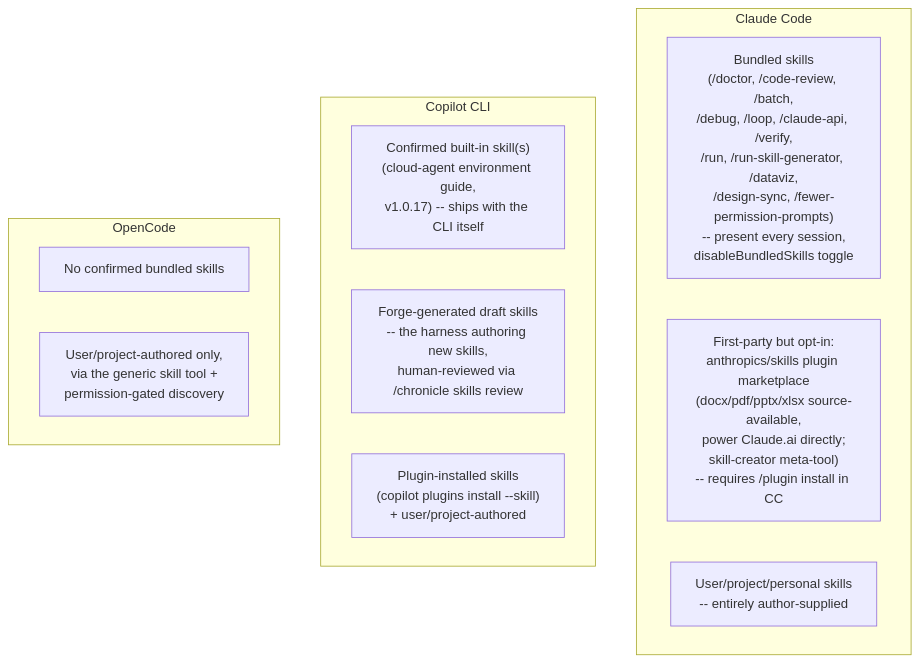
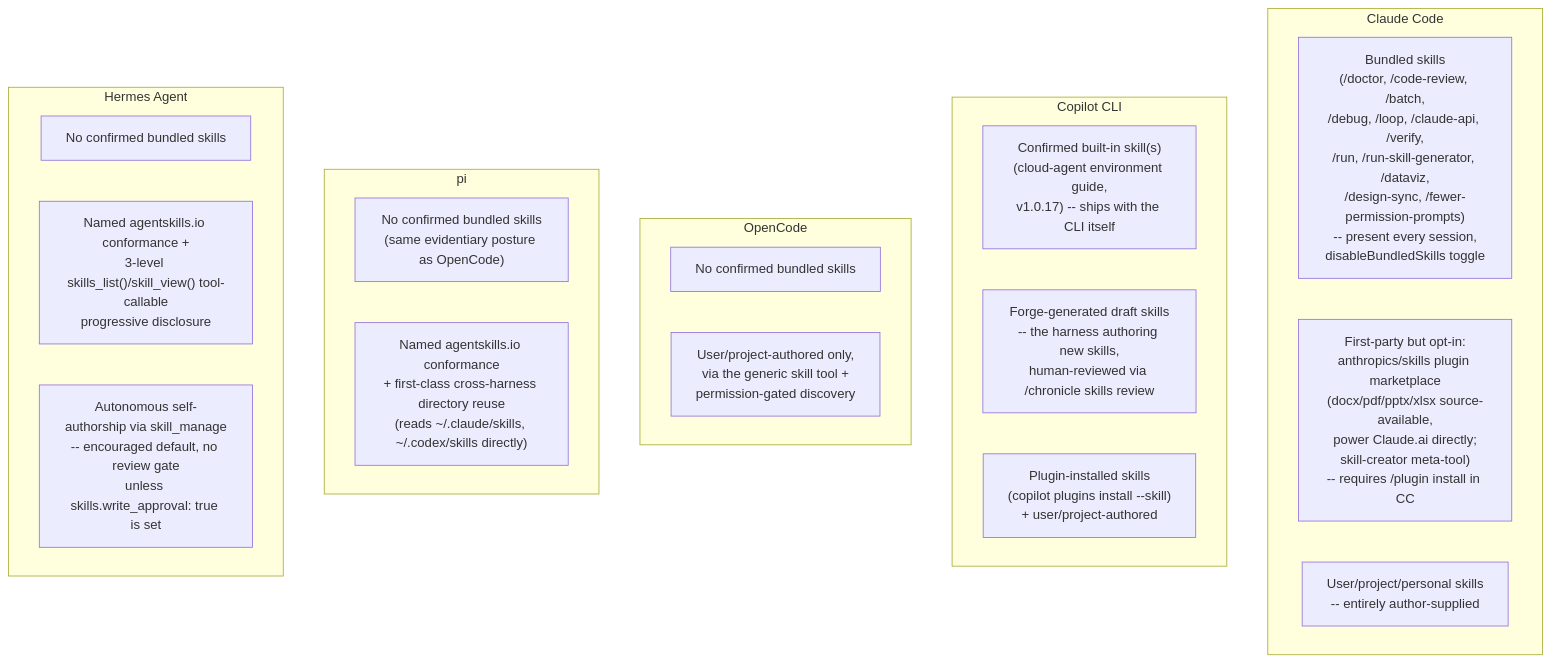
The third of 3 diagrams in references/harnesses/built-in-skills.md (sfernandezplain/AIrchon), drawn with Mermaid before and after one commit. The commit also changed other lines of this file and 8 other files, not shown here.

First line of the commit message:
Add deepagents as a middleware-composed harness; distribute Hermes coverage into per-mechanism pages

````diff
--- a/references/harnesses/built-in-skills.md
+++ b/references/harnesses/built-in-skills.md
@@ -434,17 +526,26 @@
 ```mermaid
 flowchart TD
     subgraph CC["Claude Code"]
         CC1["Bundled skills<br/>(/doctor, /code-review, /batch,<br/>/debug, /loop, /claude-api, /verify,<br/>/run, /run-skill-generator, /dataviz,<br/>/design-sync, /fewer-permission-prompts)<br/>-- present every session,<br/>disableBundledSkills toggle"]
         CC2["First-party but opt-in:<br/>anthropics/skills plugin marketplace<br/>(docx/pdf/pptx/xlsx source-available,<br/>power Claude.ai directly;<br/>skill-creator meta-tool)<br/>-- requires /plugin install in CC"]
         CC3["User/project/personal skills<br/>-- entirely author-supplied"]
     end
     subgraph GH["Copilot CLI"]
         G1["Confirmed built-in skill(s)<br/>(cloud-agent environment guide,<br/>v1.0.17) -- ships with the CLI itself"]
         G2["Forge-generated draft skills<br/>-- the harness authoring new skills,<br/>human-reviewed via /chronicle skills review"]
         G3["Plugin-installed skills<br/>(copilot plugins install --skill)<br/>+ user/project-authored"]
     end
     subgraph OC["OpenCode"]
         O1["No confirmed bundled skills"]
         O2["User/project-authored only,<br/>via the generic skill tool +<br/>permission-gated discovery"]
     end
+    subgraph PI["pi"]
+        PI1["No confirmed bundled skills<br/>(same evidentiary posture as OpenCode)"]
+        PI2["Named agentskills.io conformance<br/>+ first-class cross-harness directory reuse<br/>(reads ~/.claude/skills, ~/.codex/skills directly)"]
+    end
+    subgraph HM["Hermes Agent"]
+        HM1["No confirmed bundled skills"]
+        HM2["Named agentskills.io conformance +<br/>3-level skills_list()/skill_view() tool-callable<br/>progressive disclosure"]
+        HM3["Autonomous self-authorship via skill_manage<br/>-- encouraged default, no review gate<br/>unless skills.write_approval: true is set"]
+    end
 ```
````
